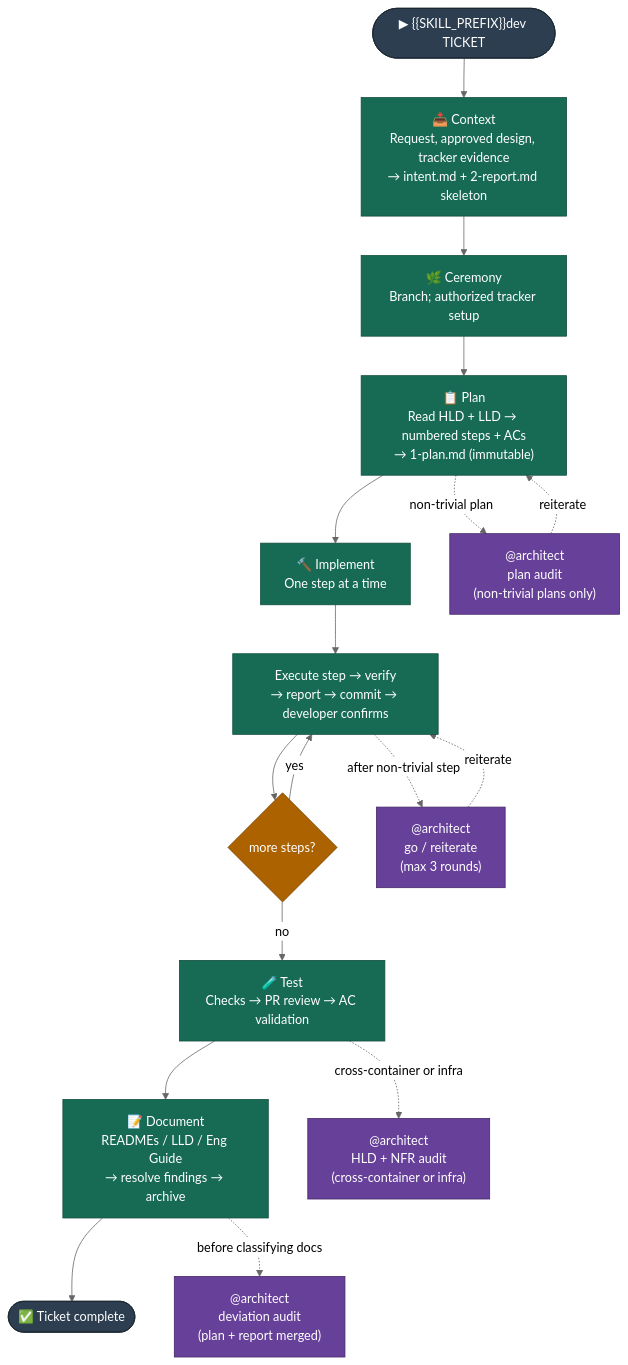
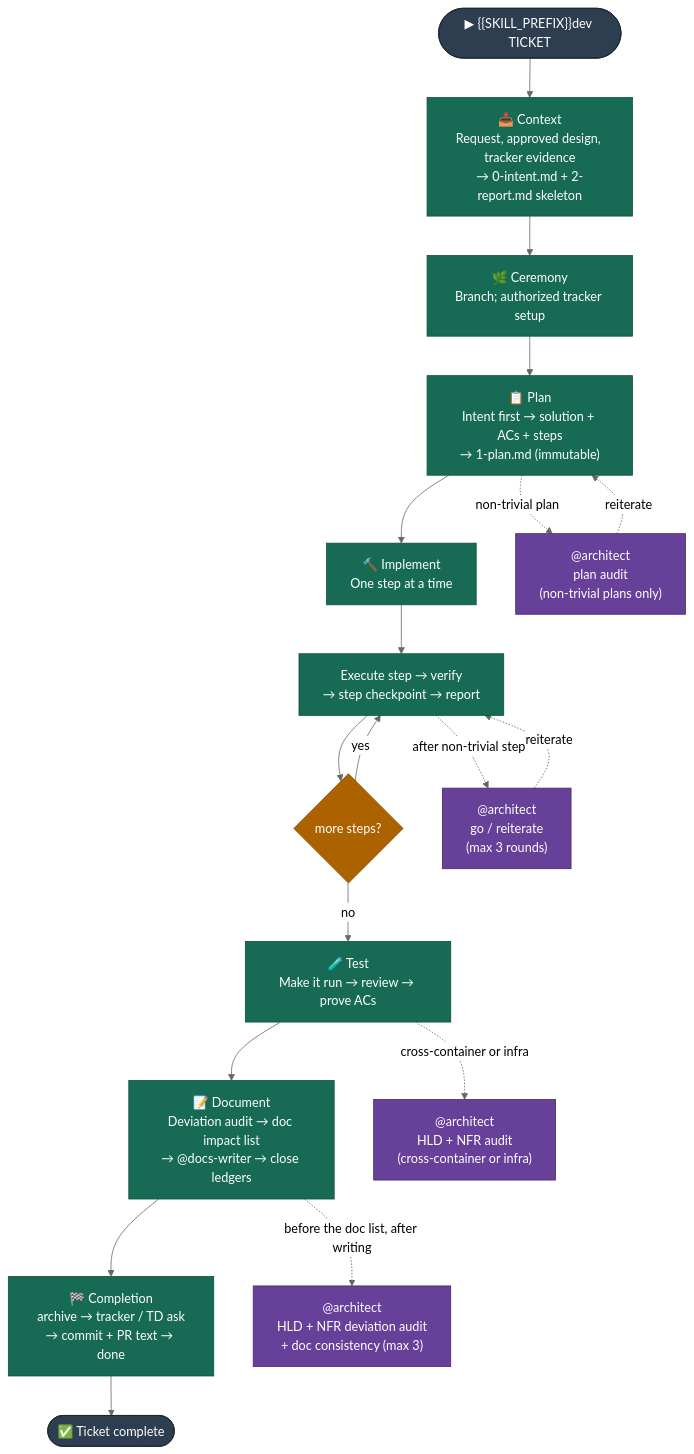
One commit to DataArt/artisyn-implementation-harness changed the diagram in .canonical-implementation-harness/canonical/docs/Engineering Guide/Lifecycles/01 Dev Lifecycle.md. Above: the diagram before and after it, drawn with Mermaid (neutral theme). The commit also changed other lines of this file and 113 other files, not shown here.

````diff
--- a/.canonical-implementation-harness/canonical/docs/Engineering Guide/Lifecycles/01 Dev Lifecycle.md
+++ b/.canonical-implementation-harness/canonical/docs/Engineering Guide/Lifecycles/01 Dev Lifecycle.md
@@ -30,35 +30,36 @@
 ```mermaid
 flowchart TD
     START(["▶ {{SKILL_PREFIX}}dev TICKET"]):::actor
 
-    C["📥 Context\nRequest, approved design, tracker evidence\n→ intent.md + 2-report.md skeleton"]:::phase
+    C["📥 Context\nRequest, approved design, tracker evidence\n→ 0-intent.md + 2-report.md skeleton"]:::phase
     B["🌿 Ceremony\nBranch; authorized tracker setup"]:::phase
-    P["📋 Plan\nRead HLD + LLD → numbered steps + ACs\n→ 1-plan.md (immutable)"]:::phase
+    P["📋 Plan\nIntent first → solution + ACs + steps\n→ 1-plan.md (immutable)"]:::phase
     I["🔨 Implement\nOne step at a time"]:::phase
-    ISTEP["Execute step → verify\n→ report → commit → developer confirms"]:::phase
+    ISTEP["Execute step → verify\n→ step checkpoint → report"]:::phase
     ILOOP{"more steps?"}:::gate
-    T["🧪 Test\nChecks → PR review → AC validation"]:::phase
-    D["📝 Document\nREADMEs / LLD / Eng Guide\n→ resolve findings → archive"]:::phase
+    T["🧪 Test\nMake it run → review → prove ACs"]:::phase
+    D["📝 Document\nDeviation audit → doc impact list\n→ @docs-writer → close ledgers"]:::phase
+    X["🏁 Completion\narchive → tracker / TD ask\n→ commit + PR text → done"]:::phase
     DONE(["✅ Ticket complete"]):::actor
 
     ARC_P["@architect\nplan audit\n(non-trivial plans only)"]:::sat
     ARC_I["@architect\ngo / reiterate\n(max 3 rounds)"]:::sat
     ARC_T["@architect\nHLD + NFR audit\n(cross-container or infra)"]:::sat
-    ARC_D["@architect\ndeviation audit\n(plan + report merged)"]:::sat
+    ARC_D["@architect\nHLD + NFR deviation audit\n+ doc consistency (max 3)"]:::sat
 
     START --> C --> B --> P --> I --> ISTEP --> ILOOP
     ILOOP -->|yes| ISTEP
-    ILOOP -->|no| T --> D --> DONE
+    ILOOP -->|no| T --> D --> X --> DONE
 
     P -.->|non-trivial plan| ARC_P
     ARC_P -.->|reiterate| P
     ISTEP -.->|after non-trivial step| ARC_I
     ARC_I -.->|reiterate| ISTEP
     T -.->|cross-container or infra| ARC_T
-    D -.->|before classifying docs| ARC_D
+    D -.->|before the doc list, after writing| ARC_D
 
     classDef actor fill:#2C3E50,stroke:#1A252F,color:#fff
     classDef phase fill:#176B54,stroke:#104D3C,color:#fff
     classDef gate fill:#AD6200,stroke:#774400,color:#fff
     classDef sat fill:#674099,stroke:#452769,color:#fff
 ```
````
